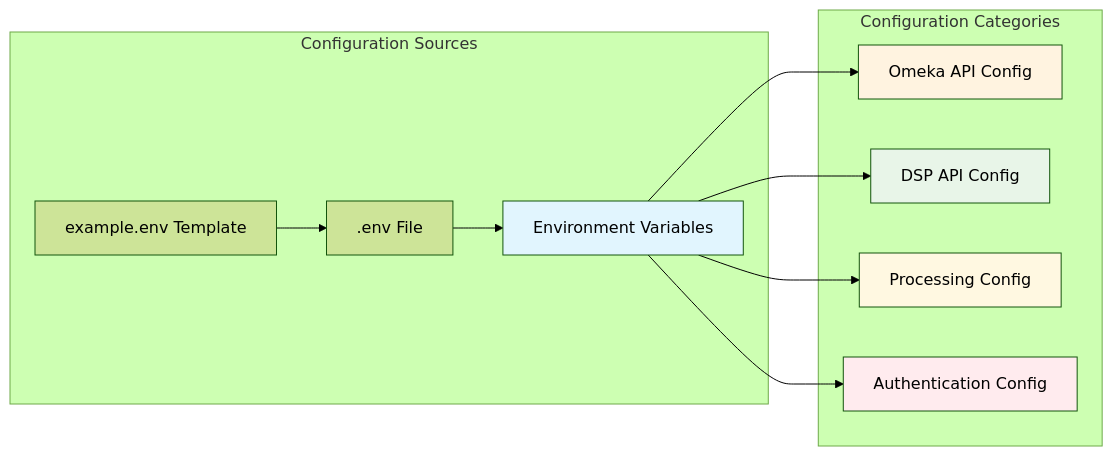
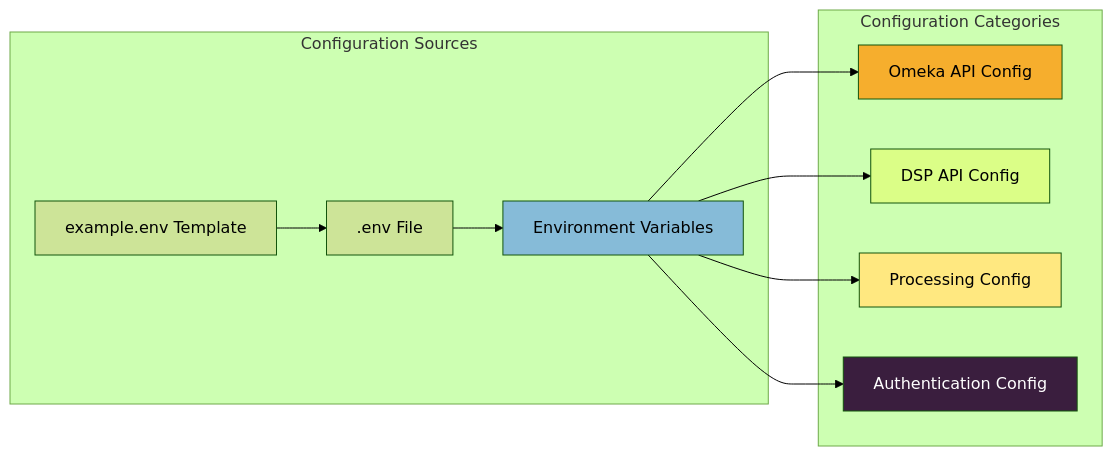
The seventh of 9 diagrams in docs/architecture/index.qmd (Stadt-Geschichte-Basel/omeka2dsp), drawn with Mermaid (forest theme) before and after one commit. The commit also changed other lines of this file and 22 other files, not shown here.

````diff
--- a/docs/architecture/index.qmd
+++ b/docs/architecture/index.qmd
@@ -317,29 +315,29 @@
 ```{mermaid}
 graph LR
     subgraph "Configuration Sources"
         A[Environment Variables]
         B[.env File]
         C[example.env Template]
     end
     
     subgraph "Configuration Categories"
         D[Omeka API Config]
         E[DSP API Config]
         F[Processing Config]
         G[Authentication Config]
     end
     
     A --> D
     A --> E
     A --> F
     A --> G
     
     B --> A
     C --> B
     
-    style A fill:#e1f5fe
-    style D fill:#fff3e0
-    style E fill:#e8f5e8
-    style F fill:#fff8e1
-    style G fill:#ffebee
+    style A fill:#86bbd8
+    style D fill:#f6ae2d
+    style E fill:#dbfe87
+    style F fill:#ffe880
+    style G fill:#3a1e3e,color:#fff
 ```
````
